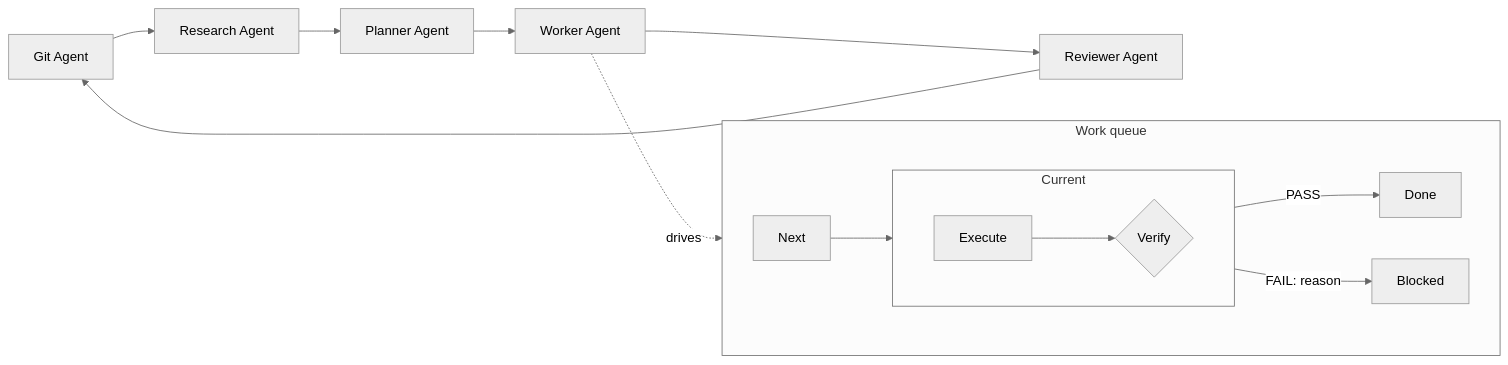
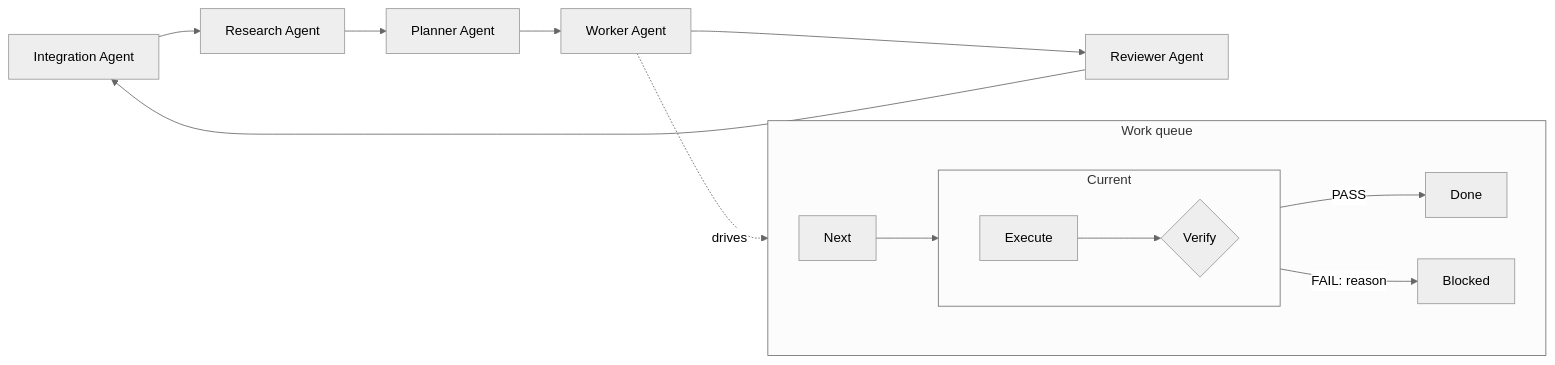
Before and after one commit to piontkovsk11andre1/nai: the diagram in README.md, drawn with Mermaid (neutral theme). The commit also changed other lines of this file and 1 other file, not shown here.

Commit message:
Enhance INSTALL.md and README.md: Update references from Git Agent to Integration Agent for consistency and clarity in documentation.

````diff
--- a/README.md
+++ b/README.md
@@ -42,24 +43,24 @@
 ```mermaid
 flowchart LR
-    G[Git Agent] --> R[Research Agent]
+  G[Integration Agent] --> R[Research Agent]
     R --> P[Planner Agent]
     P --> W[Worker Agent]
     W --> V[Reviewer Agent]
     V --> G
 
     subgraph Queue [Work queue]
         direction LR
         N[Next]
         subgraph Current [Current]
             direction LR
             E[Execute] --> Vf{Verify}
         end
         D[Done]
         B[Blocked]
         N --> E
         Vf -- PASS --> D
         Vf -- "FAIL: reason" --> B
     end
 
     W -. drives .-> Queue
 ```
````
